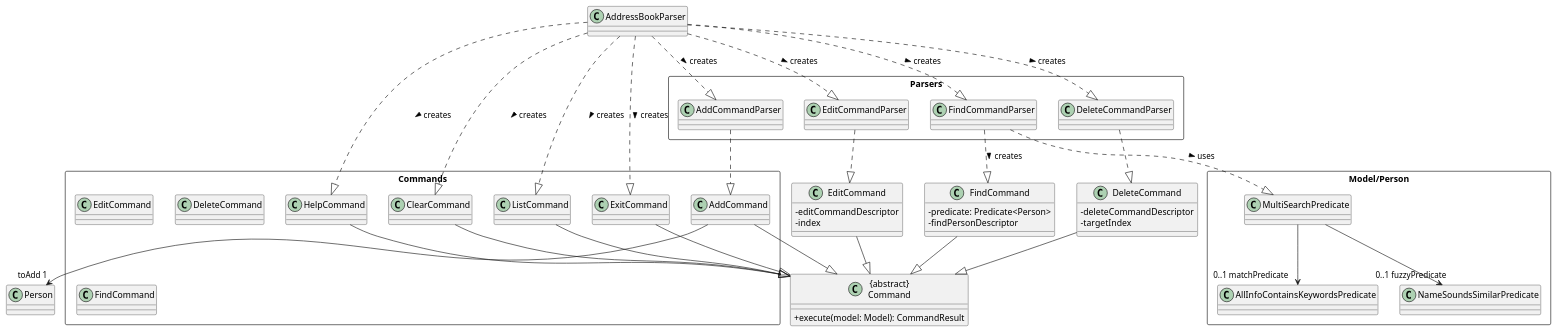
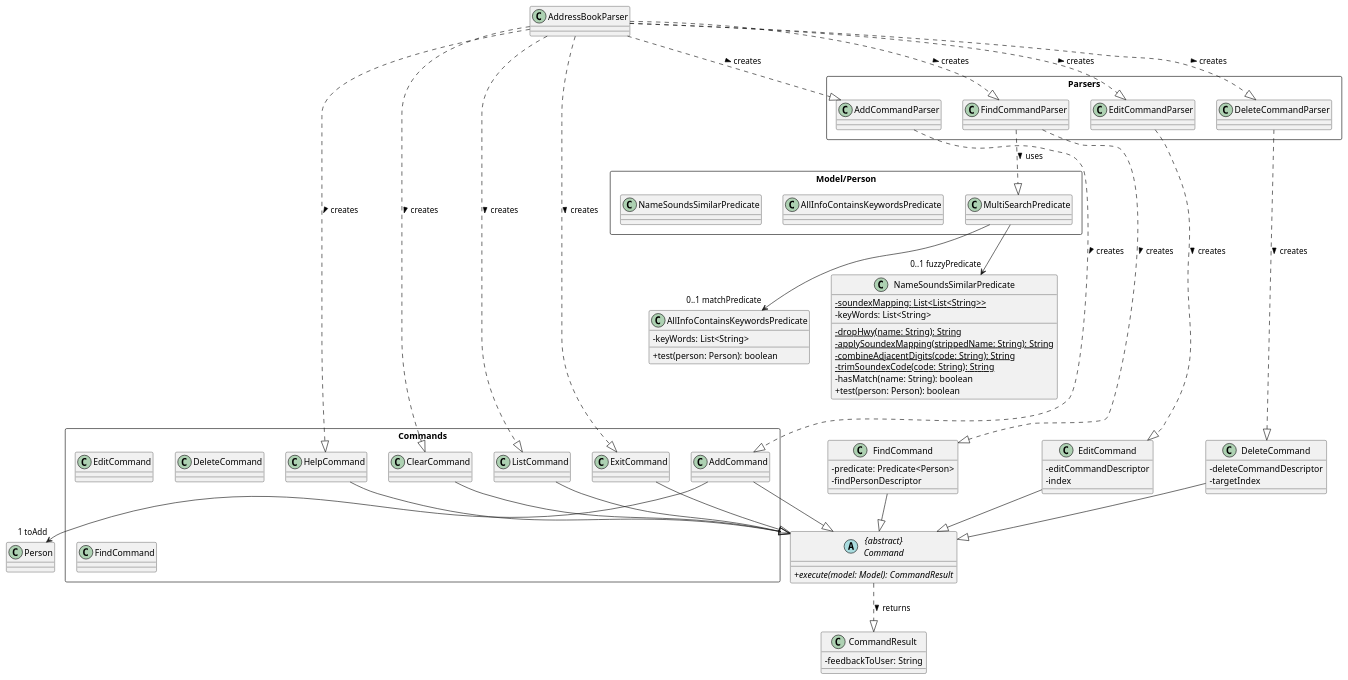
Before and after one commit to nus-cs2103-AY2223S1/tp: the diagram in docs/diagrams/CommandClasses.puml, drawn with PlantUML. The commit also changed 1 other file, not shown here.

Commit message:
Finish class diagram for commands and parser

```diff
--- a/docs/diagrams/CommandClasses.puml
+++ b/docs/diagrams/CommandClasses.puml
@@ -1,81 +1,104 @@
 @startuml
 '!include style.puml
 'skinparam arrowThickness 1.1
 'skinparam arrowColor UI_COLOR_T4
 'skinparam classBackgroundColor UI_COLOR
 skinparam classAttributeIconSize 0
 
-class "{abstract}\nCommand" as Command {
-    +execute(model: Model): CommandResult
+abstract "{abstract}\nCommand" as Command {
+    {abstract} +execute(model: Model): CommandResult
 }
 
 package Commands <<Rectangle>>{
     Class EditCommand
     Class AddCommand
     Class DeleteCommand
     Class FindCommand
     Class ListCommand
     Class ExitCommand
     Class HelpCommand
     Class ClearCommand
 }
 
 package Parsers <<Rectangle>> {
     Class AddCommandParser
     Class EditCommandParser
     Class DeleteCommandParser
     Class FindCommandParser
 }
 
 package Model/Person <<Rectangle>> {
     Class MultiSearchPredicate
     Class AllInfoContainsKeywordsPredicate
     Class NameSoundsSimilarPredicate
 }
 class EditCommand {
     -editCommandDescriptor
     -index
 }
 
 class DeleteCommand {
     -deleteCommandDescriptor
     -targetIndex
 }
 
 class FindCommand {
     -predicate: Predicate<Person>
     -findPersonDescriptor
 }
 
+class AllInfoContainsKeywordsPredicate {
+    -keyWords: List<String>
+    +test(person: Person): boolean
+}
 
-AddCommand --> "toAdd 1" Person
+class NameSoundsSimilarPredicate {
+    {static} -soundexMapping: List<List<String>>
+    -keyWords: List<String>
+    {static} -dropHwy(name: String): String
+    {static} -applySoundexMapping(strippedName: String): String
+    {static} -combineAdjacentDigits(code: String): String
+    {static} -trimSoundexCode(code: String): String
+    -hasMatch(name: String): boolean
+    +test(person: Person): boolean
+}
 
-AddressBookParser ..|> FindCommandParser: creates >
+class CommandResult {
+    -feedbackToUser: String
+}
+
+AddCommand --> "1 toAdd" Person
+
+
 AddressBookParser ..|> EditCommandParser: creates >
 AddressBookParser ..|> AddCommandParser: creates >
 AddressBookParser ..|> DeleteCommandParser: creates >
+AddressBookParser ..|> FindCommandParser: creates >
+
 AddressBookParser ..|> ListCommand: creates >
 AddressBookParser ..|> ClearCommand: creates >
 AddressBookParser ..|> HelpCommand: creates >
 AddressBookParser ..|> ExitCommand: creates >
 
 
-FindCommandParser ..|> FindCommand : creates >
-EditCommandParser ..|> EditCommand
-DeleteCommandParser ..|> DeleteCommand
-AddCommandParser ..|> AddCommand
+FindCommandParser ....|> FindCommand : creates >
+EditCommandParser ....|> EditCommand: creates >
+DeleteCommandParser ....|> DeleteCommand: creates >
+AddCommandParser ....|> AddCommand: creates >
 
 FindCommandParser ..|> MultiSearchPredicate : uses >
 MultiSearchPredicate --> "0..1 matchPredicate" AllInfoContainsKeywordsPredicate
 MultiSearchPredicate --> "0..1 fuzzyPredicate" NameSoundsSimilarPredicate
 
 AddCommand --|> Command
 EditCommand --|> Command
 DeleteCommand --|> Command
 FindCommand --|> Command
 ListCommand --|> Command
 ClearCommand --|> Command
 HelpCommand --|> Command
 ExitCommand --|> Command
 
+Command ..|> CommandResult: returns >
+
 @enduml
```
